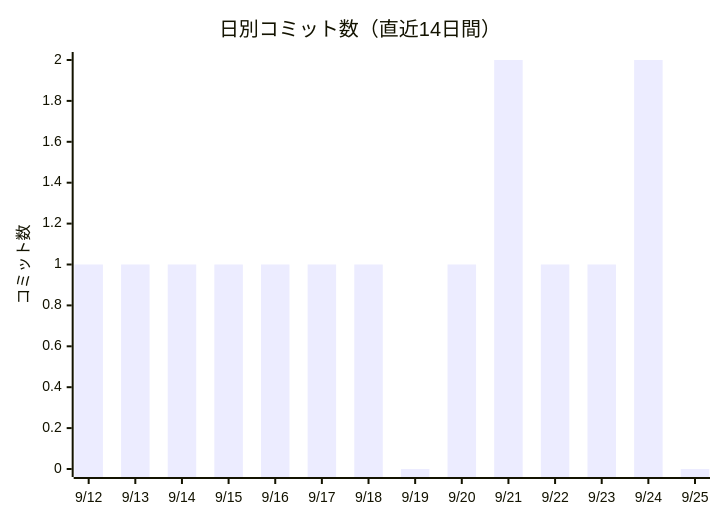
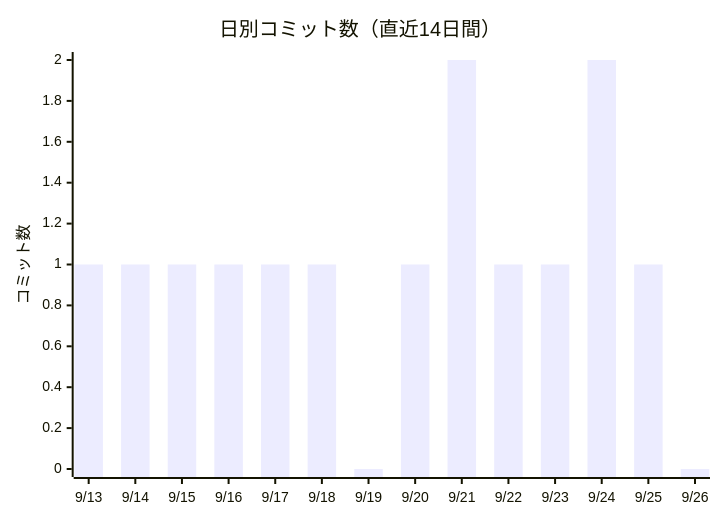
Before and after one commit to non-x2/non-x2: the first of 2 diagrams in docs/進化レポート.md, drawn with Mermaid. The commit also changed other lines of this file and 2 other files, not shown here.

````diff
--- a/docs/進化レポート.md
+++ b/docs/進化レポート.md
@@ -23,7 +23,7 @@
 ```mermaid
 xychart-beta
     title "日別コミット数（直近14日間）"
-    x-axis ["9/12", "9/13", "9/14", "9/15", "9/16", "9/17", "9/18", "9/19", "9/20", "9/21", "9/22", "9/23", "9/24", "9/25"]
+    x-axis ["9/13", "9/14", "9/15", "9/16", "9/17", "9/18", "9/19", "9/20", "9/21", "9/22", "9/23", "9/24", "9/25", "9/26"]
     y-axis "コミット数"
-    bar [1, 1, 1, 1, 1, 1, 1, 0, 1, 2, 1, 1, 2, 0]
+    bar [1, 1, 1, 1, 1, 1, 0, 1, 2, 1, 1, 2, 1, 0]
 ```
````
